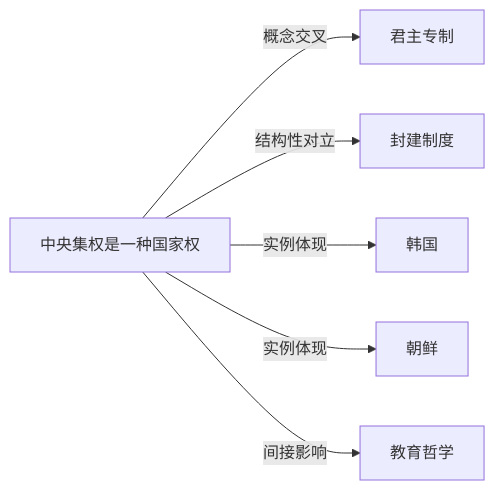
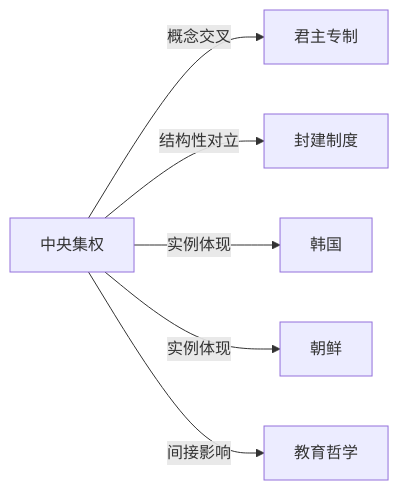
One commit to KIMMCHOW/MyKnowledge changed the diagram in Knowledge/Concepts/政治/中央集权.md. Above: the diagram before and after it, drawn with Mermaid. The commit also changed 96 other files, not shown here.

Commit message:
fix: 修复概念页关系图节点并补齐缺失关联

````diff
--- a/Knowledge/Concepts/政治/中央集权.md
+++ b/Knowledge/Concepts/政治/中央集权.md
@@ -45,8 +45,8 @@
 ```mermaid
 graph LR
-    中央集权是一种国家权 -->|概念交叉| 君主专制
-    中央集权是一种国家权 -->|结构性对立| 封建制度
-    中央集权是一种国家权 -->|实例体现| 韩国
-    中央集权是一种国家权 -->|实例体现| 朝鲜
-    中央集权是一种国家权 -->|间接影响| 教育哲学
+中央集权 -->|概念交叉| 君主专制
+中央集权 -->|结构性对立| 封建制度
+中央集权 -->|实例体现| 韩国
+中央集权 -->|实例体现| 朝鲜
+中央集权 -->|间接影响| 教育哲学
 ```
````
